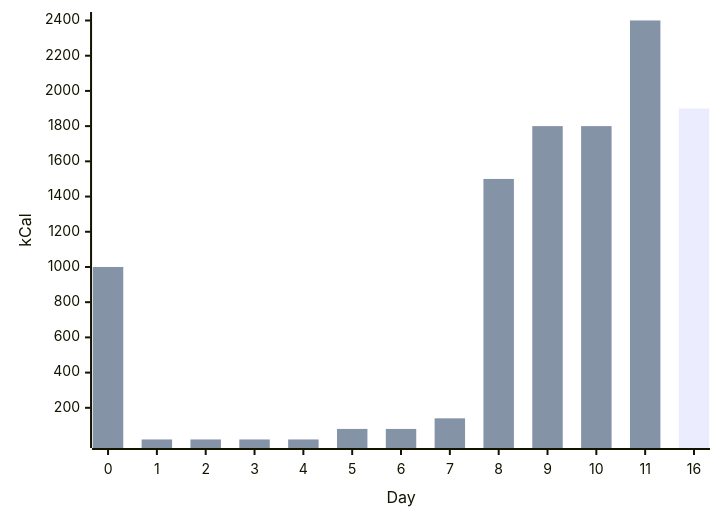
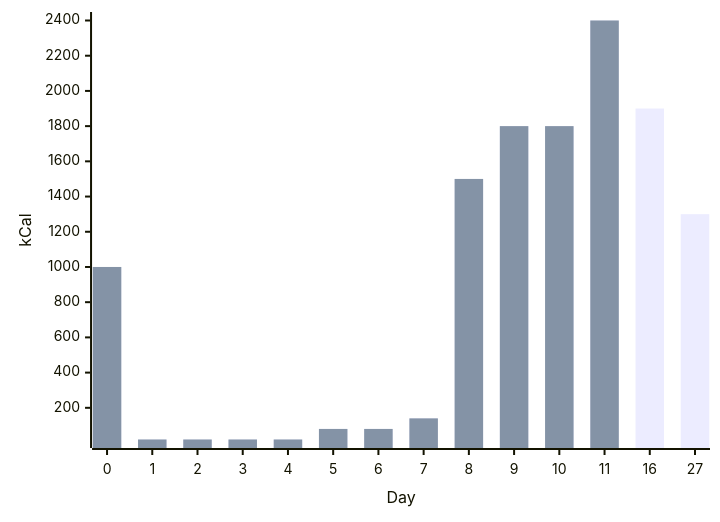
One commit to phil-m-kopp/phil-m-kopp.github.io changed diagram 13 of 16 in docs/articles/posts/personal-development/experience-strict-fasting-8days/experience-strict-fasting-8days.md. Above: the diagram before and after it, drawn with Mermaid. The commit also changed other lines of this file and 7 other files, not shown here.

````diff
--- a/docs/articles/posts/personal-development/experience-strict-fasting-8days/experience-strict-fasting-8days.md
+++ b/docs/articles/posts/personal-development/experience-strict-fasting-8days/experience-strict-fasting-8days.md
@@ -336,8 +352,8 @@
 ``` mermaid
 xychart-beta
-        x-axis "Day" [0, 1, 2, 3, 4, 5, 6, 7, 8, 9, 10, 11, 16]
+        x-axis "Day" [0, 1, 2, 3, 4, 5, 6, 7, 8, 9, 10, 11, 16, 27]
         y-axis "kCal"
 
-        bar [1000, 20, 20, 20, 20, 80, 80, 140, 1500, 1800, 1800, 2400, 1900]
+        bar [1000, 20, 20, 20, 20, 80, 80, 140, 1500, 1800, 1800, 2400, 1900, 1300]
         bar [1000, 20, 20, 20, 20, 80, 80, 140, 1500, 1800, 1800, 2400]
 ```
````
